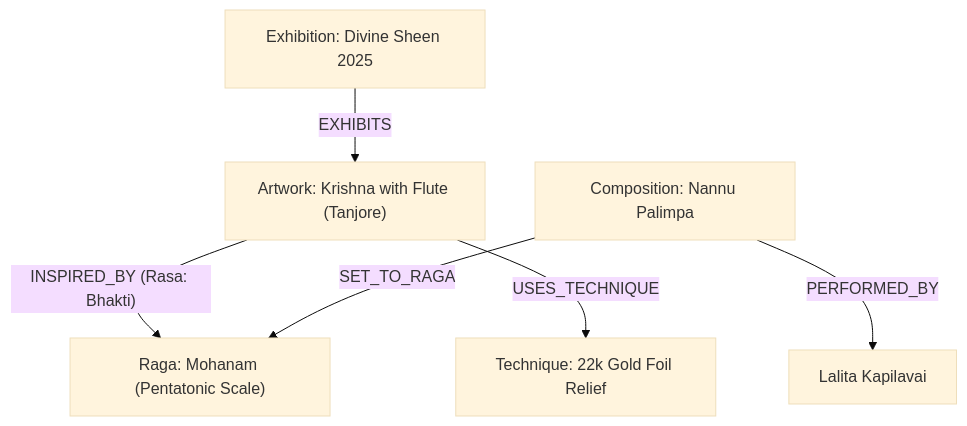
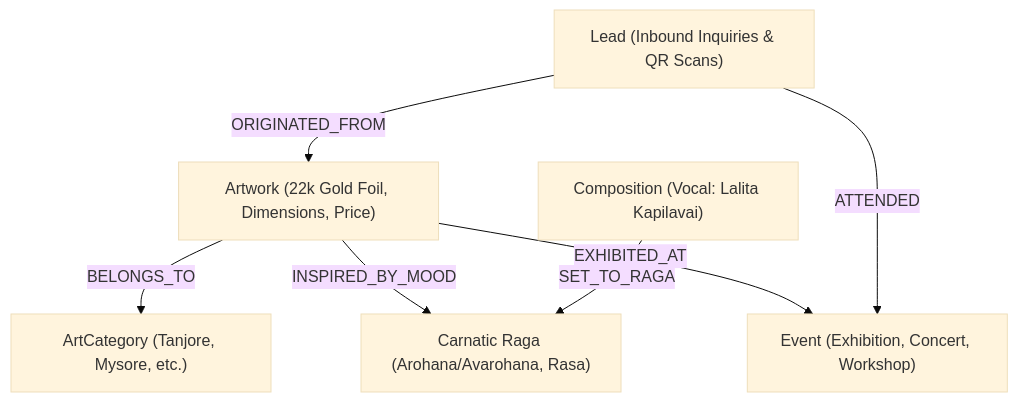
Before and after one commit to Savazar01/lalitakapilavai: the first of 2 diagrams in .skills/graphify.md, drawn with Mermaid (base theme). The commit also changed other lines of this file and 37 other files, not shown here.

Commit message:
feat: configure ports 5633/3060, full prisma schema, better-auth, shadcn, and ui-ux-pro-max theming

````diff
--- a/.skills/graphify.md
+++ b/.skills/graphify.md
@@ -30,14 +12,16 @@
 ```mermaid
 graph TD
-    Artwork["Artwork: Krishna with Flute (Tanjore)"]
-    Raga["Raga: Mohanam (Pentatonic Scale)"]
-    Composition["Composition: Nannu Palimpa"]
-    Exhibition["Exhibition: Divine Sheen 2025"]
-    Technique["Technique: 22k Gold Foil Relief"]
-    
-    Artwork -- "INSPIRED_BY (Rasa: Bhakti)" --> Raga
-    Composition -- "SET_TO_RAGA" --> Raga
-    Artwork -- "USES_TECHNIQUE" --> Technique
-    Exhibition -- "EXHIBITS" --> Artwork
-    Composition -- "PERFORMED_BY" --> Artist["Lalita Kapilavai"]
+    Category["ArtCategory (Tanjore, Mysore, etc.)"]
+    Artwork["Artwork (22k Gold Foil, Dimensions, Price)"]
+    Raga["Carnatic Raga (Arohana/Avarohana, Rasa)"]
+    Composition["Composition (Vocal: Lalita Kapilavai)"]
+    Event["Event (Exhibition, Concert, Workshop)"]
+    Lead["Lead (Inbound Inquiries & QR Scans)"]
+
+    Artwork -->|BELONGS_TO| Category
+    Artwork -->|INSPIRED_BY_MOOD| Raga
+    Composition -->|SET_TO_RAGA| Raga
+    Artwork -->|EXHIBITED_AT| Event
+    Lead -->|ORIGINATED_FROM| Artwork
+    Lead -->|ATTENDED| Event
 ```
````
